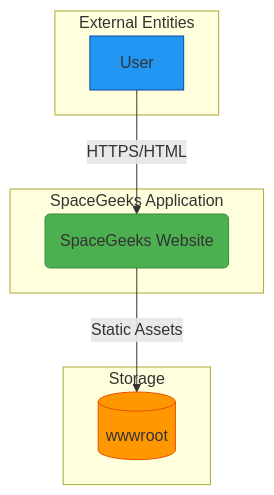
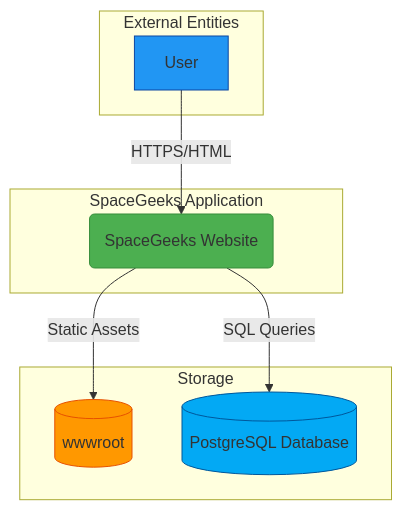
The diagram in docs/architecture/system-context.md (gjduggins/SpaceGeeks), drawn with Mermaid before and after one commit. The commit also changed 6 other files, not shown here.

First line of the commit message:
Add PostgreSQL migration architecture design and update related documentation

````diff
--- a/docs/architecture/system-context.md
+++ b/docs/architecture/system-context.md
@@ -9,21 +9,24 @@
 ```mermaid
 graph TD
     A[User] -->|HTTPS/HTML| B(SpaceGeeks Website)
     B -->|Static Assets| C[(wwwroot)]
+    B -->|SQL Queries| D[(PostgreSQL Database)]
     
     subgraph "SpaceGeeks Application"
         B
     end
     
     subgraph "External Entities"
         A
     end
     
     subgraph "Storage"
         C
+        D
     end
     
     style B fill:#4CAF50,stroke:#388E3C
     style A fill:#2196F3,stroke:#0D47A1
     style C fill:#FF9800,stroke:#E65100
+    style D fill:#03A9F4,stroke:#01579B
 ```
````
